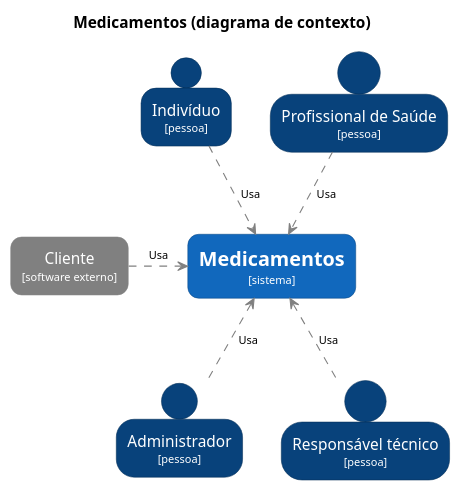
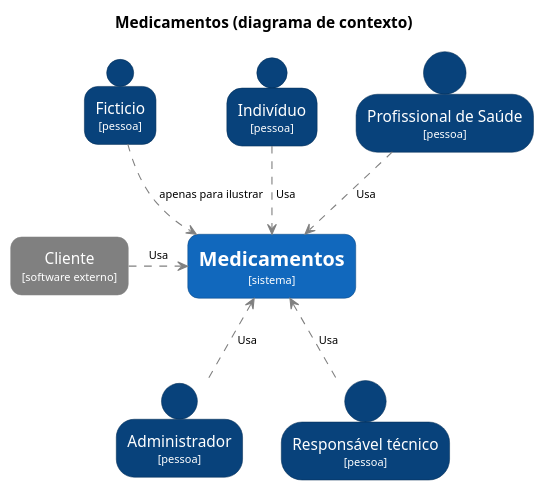
Before and after one commit to kyriosdata/medicamentos: the diagram in UML/c4-context.puml, drawn with PlantUML.

```diff
--- a/UML/c4-context.puml
+++ b/UML/c4-context.puml
@@ -1,51 +1,55 @@
 @startuml c4-context
 
 title Medicamentos (diagrama de contexto)
 
 top to bottom direction
 
 skinparam {
   shadowing false
   arrowFontSize 10
   defaultTextAlignment center
   wrapWidth 200
   maxMessageSize 100
   ArrowColor #gray
 }
 
 hide stereotype
 
 skinparam rectangle<<SoftwareSystem>> {
   BackgroundColor #1168bd
   FontColor #ffffff
   BorderColor #0b4884
   roundCorner 20
 }
 
 skinparam rectangle<<SoftwareExternal>> {
   BackgroundColor #gray
   FontColor #ffffff
   BorderColor #gray
   roundCorner 20
 }
 
 skinparam person<<User>> {
   BackgroundColor #08427b
   FontColor #ffffff
   BorderColor #052e56
 }
 
+person "Ficticio\n<size:10>[pessoa]</size>" <<User>> as Ficticio
+
 person "Indivíduo\n<size:10>[pessoa]</size>" <<User>> as User
 person "Administrador\n<size:10>[pessoa]</size>" <<User>> as Administrador
 person "Responsável técnico\n<size:10>[pessoa]</size>" <<User>> as RT
 person "Profissional de Saúde\n<size:10>[pessoa]</size>" <<User>> as PS
 
 rectangle "=Medicamentos\n<size:10>[sistema]</size>" <<SoftwareSystem>> as SoftwareSystem
 rectangle "Cliente\n<size:10>[software externo]</size>" <<SoftwareExternal>> as SC
 
+Ficticio ..> SoftwareSystem : " apenas para ilustrar"
 User ..> SoftwareSystem : " Usa"
 PS ..> SoftwareSystem : " Usa"
 SC .right.> SoftwareSystem : "Usa"
 Administrador .up.> SoftwareSystem : " Usa"
 RT .up.> SoftwareSystem : " Usa"
+
 @enduml
```
